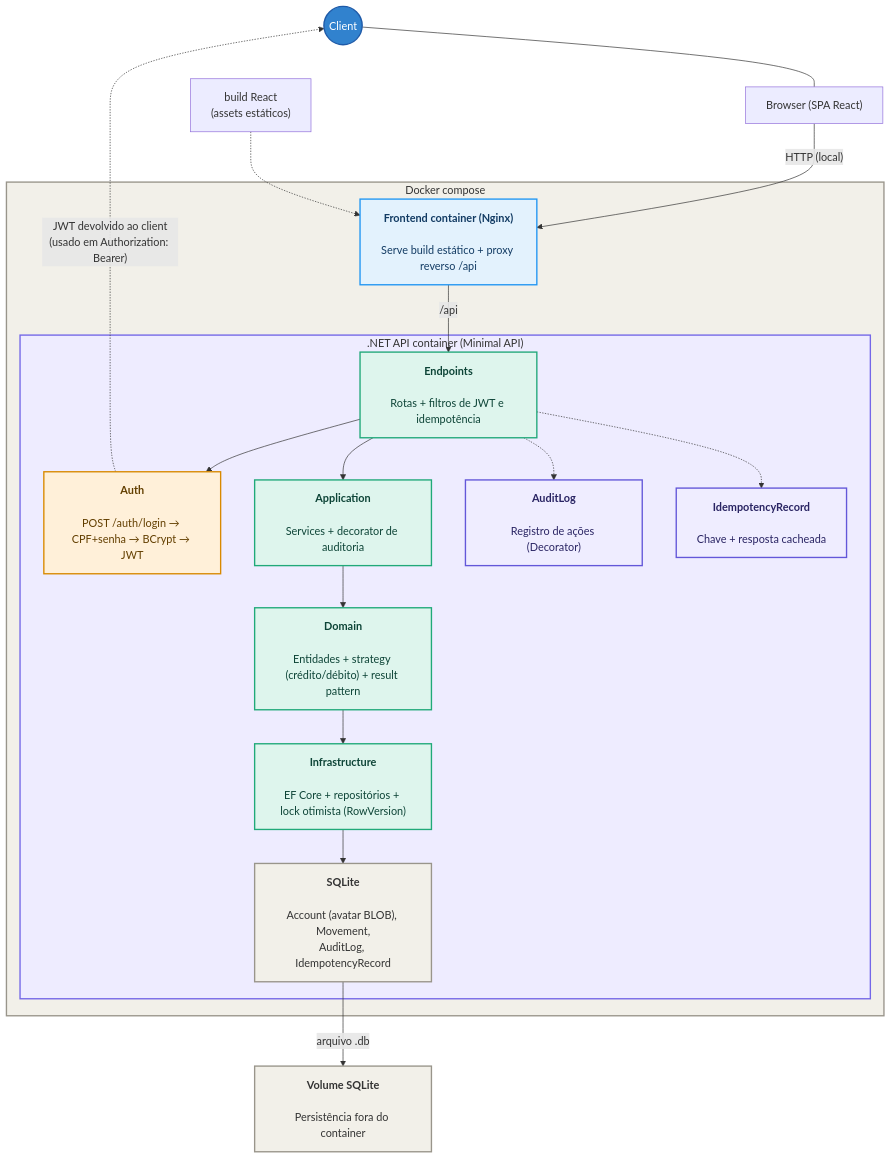
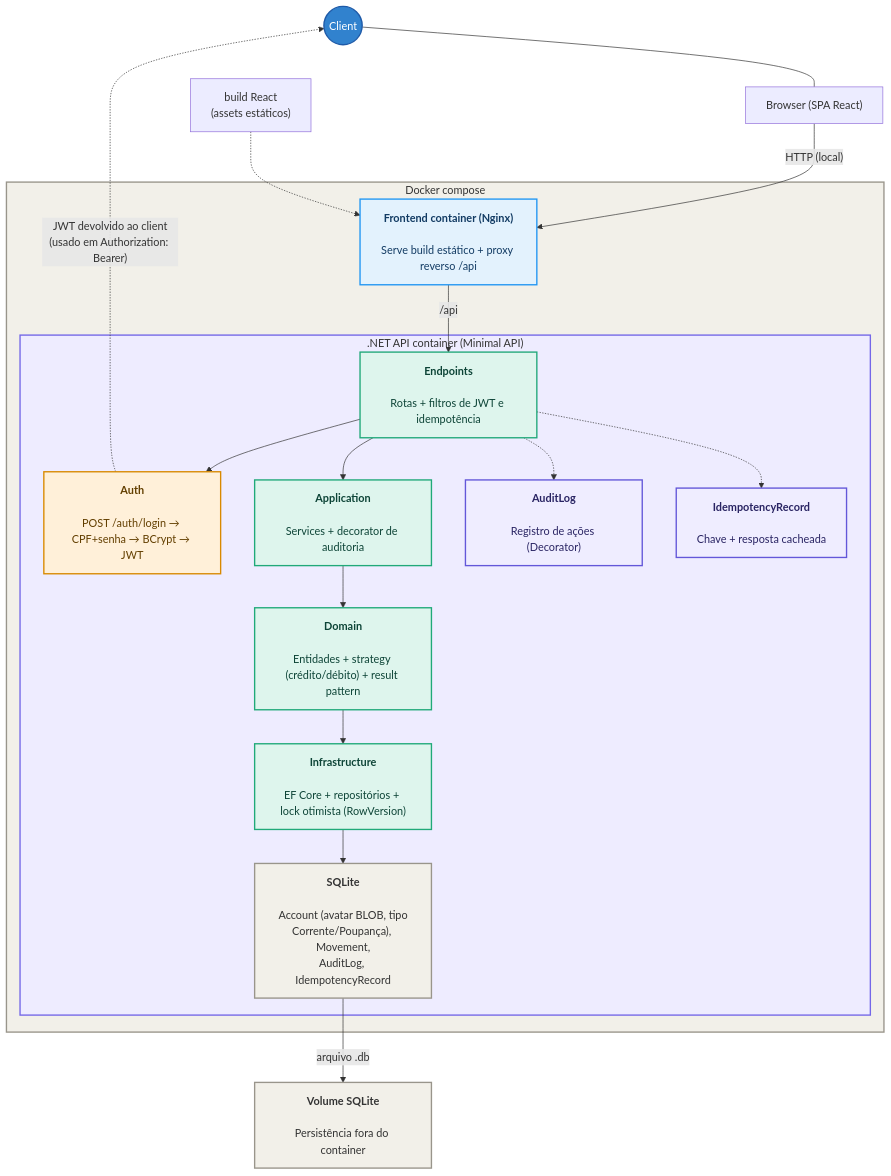
Before and after one commit to tabskey/dindin-exe: the diagram in README.md, drawn with Mermaid. The commit also changed other lines of this file and 3 other files, not shown here.

First line of the commit message:
docs: README, ARCHITECTURE e diagrama refletem o hotfix

```diff
--- a/README.md
+++ b/README.md
@@ -217,7 +235,7 @@
 
             Idempotency["<b>IdempotencyRecord</b><br/><br/>Chave + resposta cacheada"]
 
-            SQLite["<b>SQLite</b><br/><br/>Account (avatar BLOB), Movement,<br/>AuditLog, IdempotencyRecord"]
+            SQLite["<b>SQLite</b><br/><br/>Account (avatar BLOB, tipo<br/>Corrente/Poupança), Movement,<br/>AuditLog, IdempotencyRecord"]
 
             Endpoints --> Application
             Application --> Domain
```
